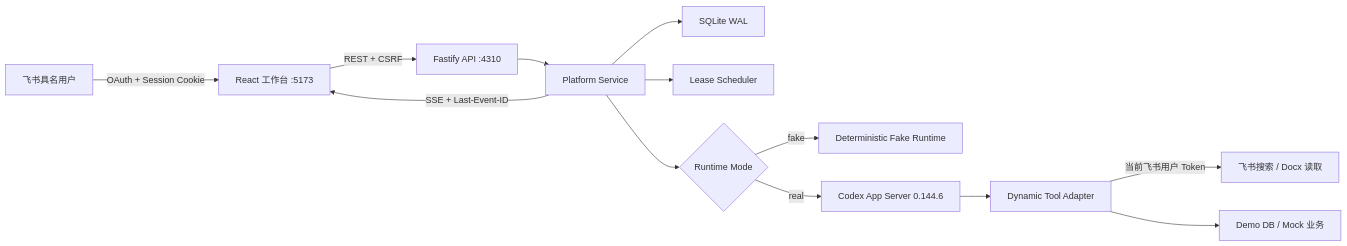
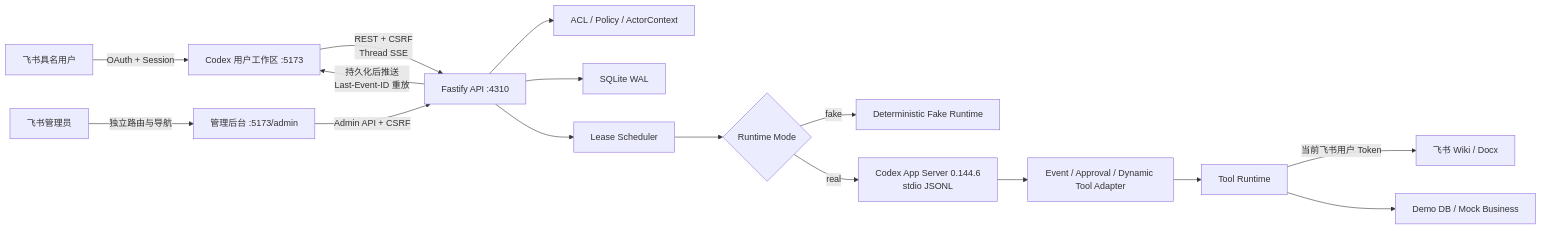
The first of 4 diagrams in docs/architecture.md (Scofy0123/AI-Platform), drawn with Mermaid before and after one commit. The commit also changed other lines of this file and 50 other files, not shown here.

First line of the commit message:
CodexPlatform 1.1: Codex 式企业 AI 工作台 (#1)

````diff
--- a/docs/architecture.md
+++ b/docs/architecture.md
@@ -7,15 +14,18 @@
 ```mermaid
 flowchart LR
-    U["飞书具名用户"] -->|"OAuth + Session Cookie"| W["React 工作台 :5173"]
-    W -->|"REST + CSRF"| A["Fastify API :4310"]
-    A --> P["Platform Service"]
-    P --> S["SQLite WAL"]
-    P --> L["Lease Scheduler"]
-    P --> E{"Runtime Mode"}
-    E -->|"fake"| F["Deterministic Fake Runtime"]
-    E -->|"real"| C["Codex App Server 0.144.6"]
-    C --> T["Dynamic Tool Adapter"]
-    T -->|"当前飞书用户 Token"| D["飞书搜索 / Docx 读取"]
-    T --> M["Demo DB / Mock 业务"]
-    P -->|"SSE + Last-Event-ID"| W
+    User["飞书具名用户"] -->|"OAuth + Session"| UserWeb["Codex 用户工作区 :5173"]
+    Admin["飞书管理员"] -->|"独立路由与导航"| AdminWeb["管理后台 :5173/admin"]
+    UserWeb -->|"REST + CSRF\nThread SSE"| API["Fastify API :4310"]
+    AdminWeb -->|"Admin API + CSRF"| API
+    API --> Policy["ACL / Policy / ActorContext"]
+    API --> Store["SQLite WAL"]
+    API --> Lease["Lease Scheduler"]
+    Lease --> Mode{"Runtime Mode"}
+    Mode -->|"fake"| Fake["Deterministic Fake Runtime"]
+    Mode -->|"real"| Codex["Codex App Server 0.144.6\nstdio JSONL"]
+    Codex --> Adapter["Event / Approval / Dynamic Tool Adapter"]
+    Adapter --> Gateway["Tool Runtime"]
+    Gateway -->|"当前飞书用户 Token"| Feishu["飞书 Wiki / Docx"]
+    Gateway --> Demo["Demo DB / Mock Business"]
+    API -->|"持久化后推送\nLast-Event-ID 重放"| UserWeb
 ```
````
